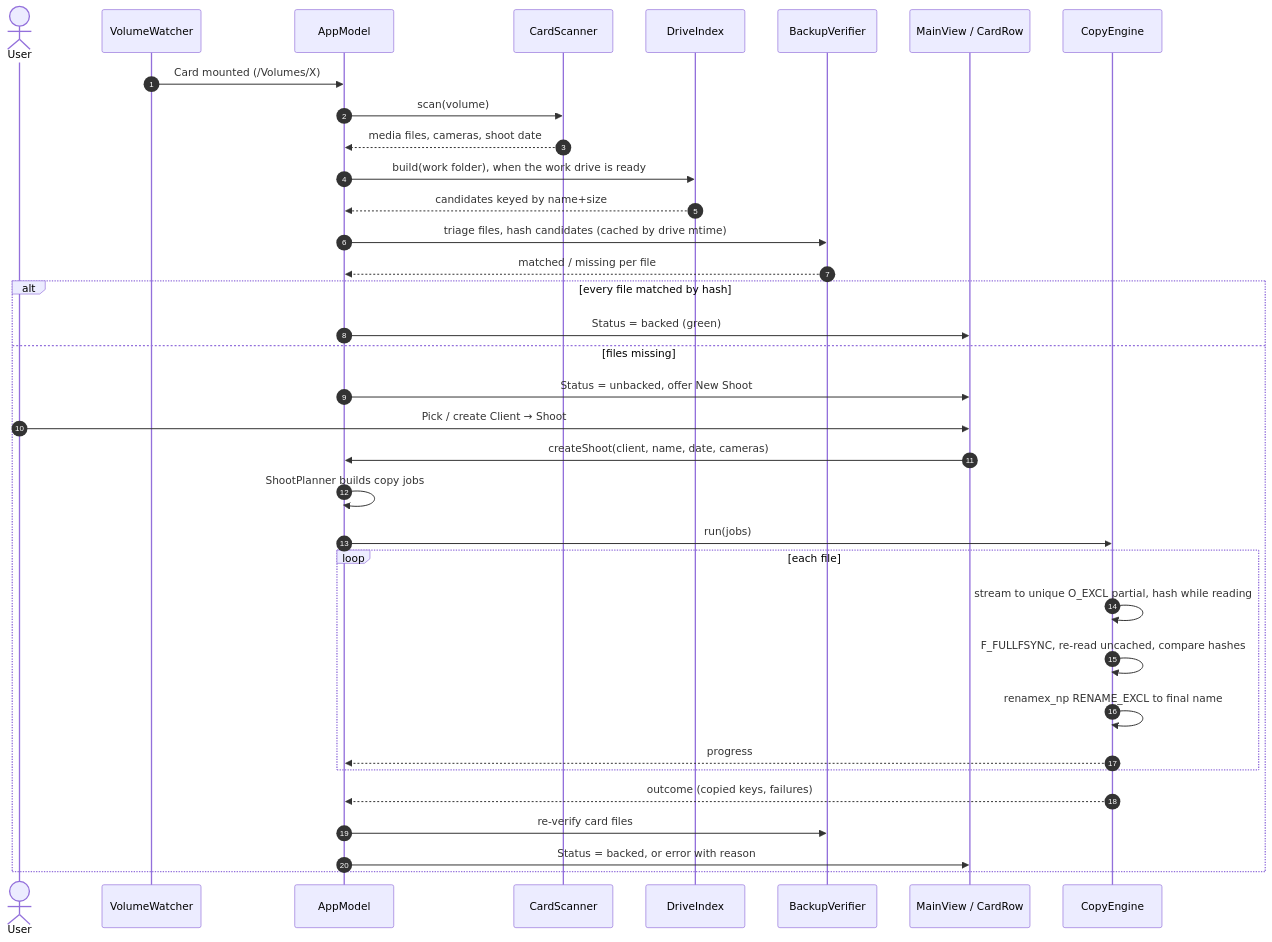
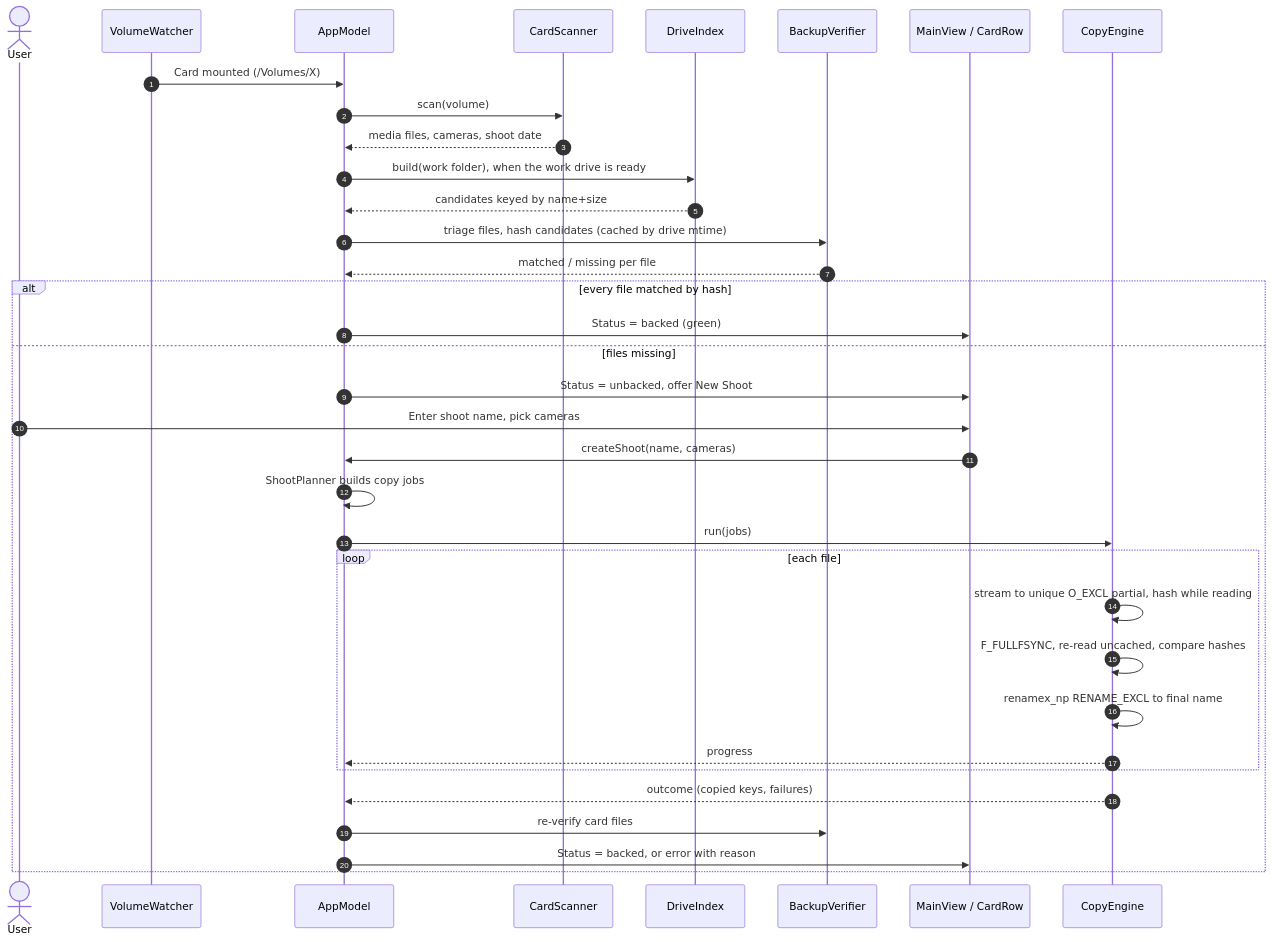
The second of 2 diagrams in ARCHITECTURE.md (jonocorpuz/Auto), drawn with Mermaid before and after one commit. The commit also changed other lines of this file and 1 other file, not shown here.

Commit message:
docs: record shoot-name-only layout, day chips and camera naming

````diff
--- a/ARCHITECTURE.md
+++ b/ARCHITECTURE.md
@@ -150,38 +151,38 @@
 ```mermaid
 sequenceDiagram
     autonumber
     actor User
     participant Watcher as VolumeWatcher
     participant Model as AppModel
     participant Scanner as CardScanner
     participant Index as DriveIndex
     participant Verify as BackupVerifier
     participant UI as MainView / CardRow
     participant Copy as CopyEngine
 
     Watcher->>Model: Card mounted (/Volumes/X)
     Model->>Scanner: scan(volume)
     Scanner-->>Model: media files, cameras, shoot date
     Model->>Index: build(work folder), when the work drive is ready
     Index-->>Model: candidates keyed by name+size
     Model->>Verify: triage files, hash candidates (cached by drive mtime)
     Verify-->>Model: matched / missing per file
     alt every file matched by hash
         Model->>UI: Status = backed (green)
     else files missing
         Model->>UI: Status = unbacked, offer New Shoot
-        User->>UI: Pick / create Client → Shoot
-        UI->>Model: createShoot(client, name, date, cameras)
+        User->>UI: Enter shoot name, pick cameras
+        UI->>Model: createShoot(name, cameras)
         Model->>Model: ShootPlanner builds copy jobs
         Model->>Copy: run(jobs)
         loop each file
             Copy->>Copy: stream to unique O_EXCL partial, hash while reading
             Copy->>Copy: F_FULLFSYNC, re-read uncached, compare hashes
             Copy->>Copy: renamex_np RENAME_EXCL to final name
             Copy-->>Model: progress
         end
         Copy-->>Model: outcome (copied keys, failures)
         Model->>Verify: re-verify card files
         Model->>UI: Status = backed, or error with reason
     end
 ```
````
